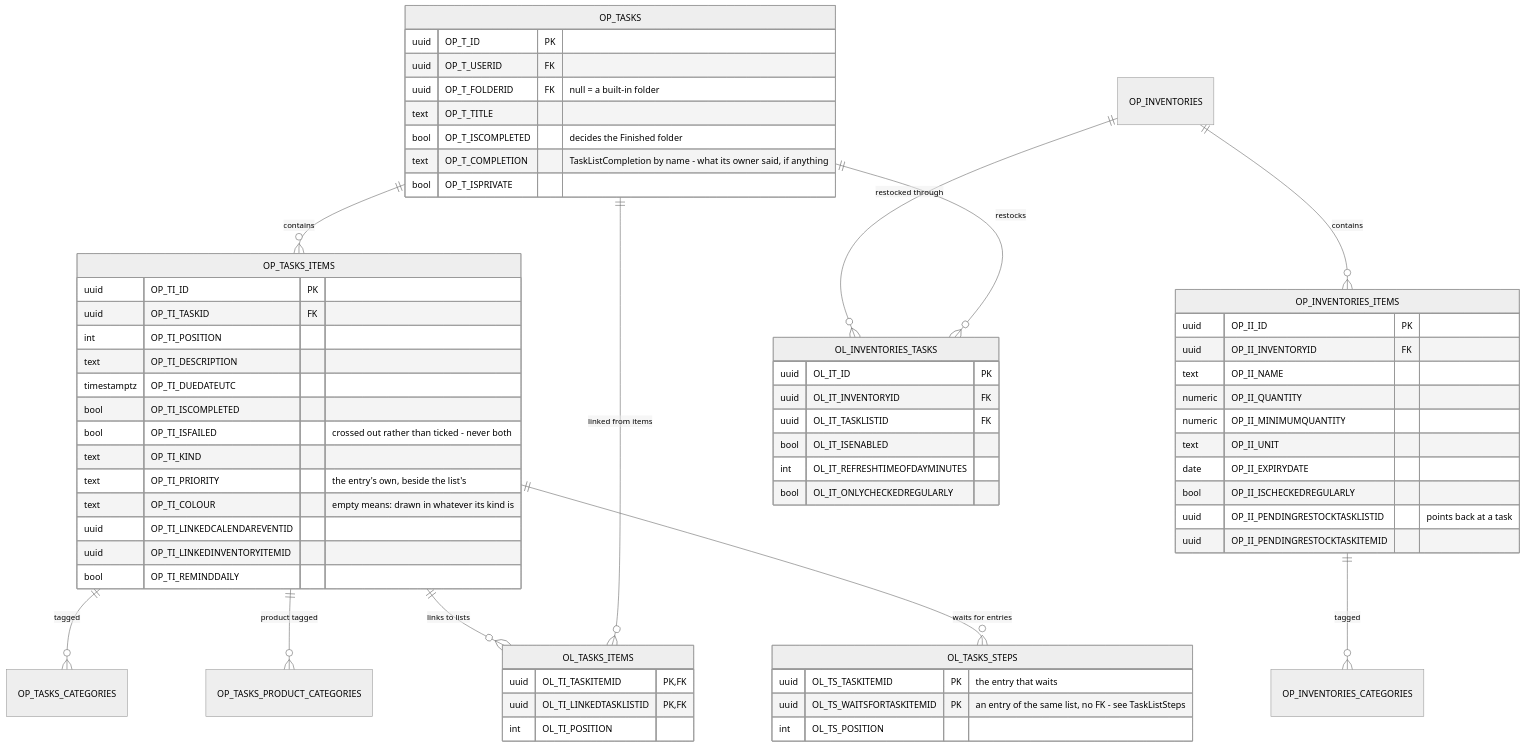
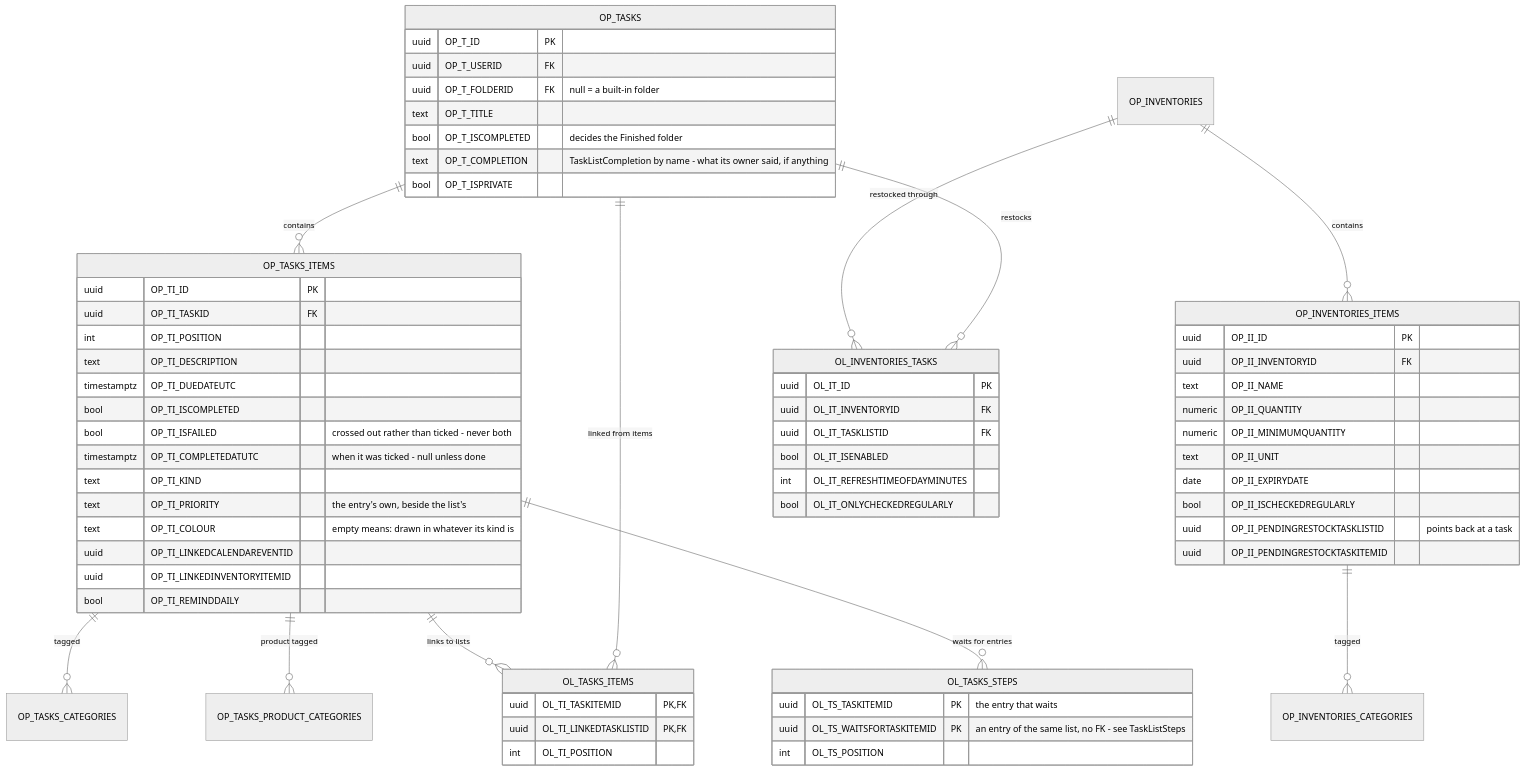
Before and after one commit to NorArax-NeflinOwl/orbit: the third of 6 diagrams in info/uml/database.md, drawn with Mermaid (neutral theme). The commit also changed 19 other files, not shown here.

First line of the commit message:
Record when a task list entry was completed

````diff
--- a/info/uml/database.md
+++ b/info/uml/database.md
@@ -165,68 +165,69 @@
 ```mermaid
 erDiagram
     OP_TASKS ||--o{ OP_TASKS_ITEMS : contains
     OP_TASKS_ITEMS ||--o{ OP_TASKS_CATEGORIES : "tagged"
     OP_TASKS_ITEMS ||--o{ OP_TASKS_PRODUCT_CATEGORIES : "product tagged"
     OP_TASKS_ITEMS ||--o{ OL_TASKS_ITEMS : "links to lists"
     OP_TASKS_ITEMS ||--o{ OL_TASKS_STEPS : "waits for entries"
     OP_TASKS ||--o{ OL_TASKS_ITEMS : "linked from items"
     OP_INVENTORIES ||--o{ OP_INVENTORIES_ITEMS : contains
     OP_INVENTORIES_ITEMS ||--o{ OP_INVENTORIES_CATEGORIES : "tagged"
     OP_INVENTORIES ||--o{ OL_INVENTORIES_TASKS : "restocked through"
     OP_TASKS ||--o{ OL_INVENTORIES_TASKS : "restocks"
 
     OP_TASKS {
         uuid OP_T_ID PK
         uuid OP_T_USERID FK
         uuid OP_T_FOLDERID FK "null = a built-in folder"
         text OP_T_TITLE
         bool OP_T_ISCOMPLETED "decides the Finished folder"
         text OP_T_COMPLETION "TaskListCompletion by name - what its owner said, if anything"
         bool OP_T_ISPRIVATE
     }
     OP_TASKS_ITEMS {
         uuid OP_TI_ID PK
         uuid OP_TI_TASKID FK
         int OP_TI_POSITION
         text OP_TI_DESCRIPTION
         timestamptz OP_TI_DUEDATEUTC
         bool OP_TI_ISCOMPLETED
         bool OP_TI_ISFAILED "crossed out rather than ticked - never both"
+        timestamptz OP_TI_COMPLETEDATUTC "when it was ticked - null unless done"
         text OP_TI_KIND
         text OP_TI_PRIORITY "the entry's own, beside the list's"
         text OP_TI_COLOUR "empty means: drawn in whatever its kind is"
         uuid OP_TI_LINKEDCALENDAREVENTID
         uuid OP_TI_LINKEDINVENTORYITEMID
         bool OP_TI_REMINDDAILY
     }
     OL_TASKS_STEPS {
         uuid OL_TS_TASKITEMID PK "the entry that waits"
         uuid OL_TS_WAITSFORTASKITEMID PK "an entry of the same list, no FK - see TaskListSteps"
         int OL_TS_POSITION
     }
     OP_INVENTORIES_ITEMS {
         uuid OP_II_ID PK
         uuid OP_II_INVENTORYID FK
         text OP_II_NAME
         numeric OP_II_QUANTITY
         numeric OP_II_MINIMUMQUANTITY
         text OP_II_UNIT
         date OP_II_EXPIRYDATE
         bool OP_II_ISCHECKEDREGULARLY
         uuid OP_II_PENDINGRESTOCKTASKLISTID "points back at a task"
         uuid OP_II_PENDINGRESTOCKTASKITEMID
     }
     OL_INVENTORIES_TASKS {
         uuid OL_IT_ID PK
         uuid OL_IT_INVENTORYID FK
         uuid OL_IT_TASKLISTID FK
         bool OL_IT_ISENABLED
         int OL_IT_REFRESHTIMEOFDAYMINUTES
         bool OL_IT_ONLYCHECKEDREGULARLY
     }
     OL_TASKS_ITEMS {
         uuid OL_TI_TASKITEMID PK,FK
         uuid OL_TI_LINKEDTASKLISTID PK,FK
         int OL_TI_POSITION
     }
 ```
````
